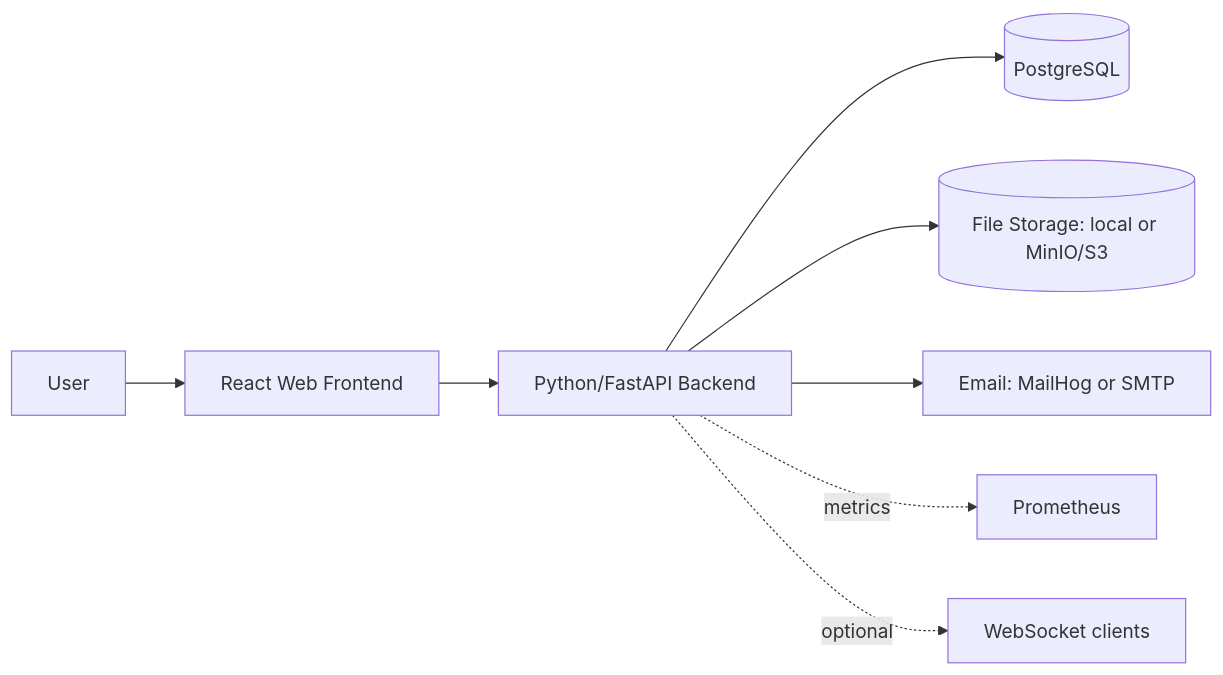
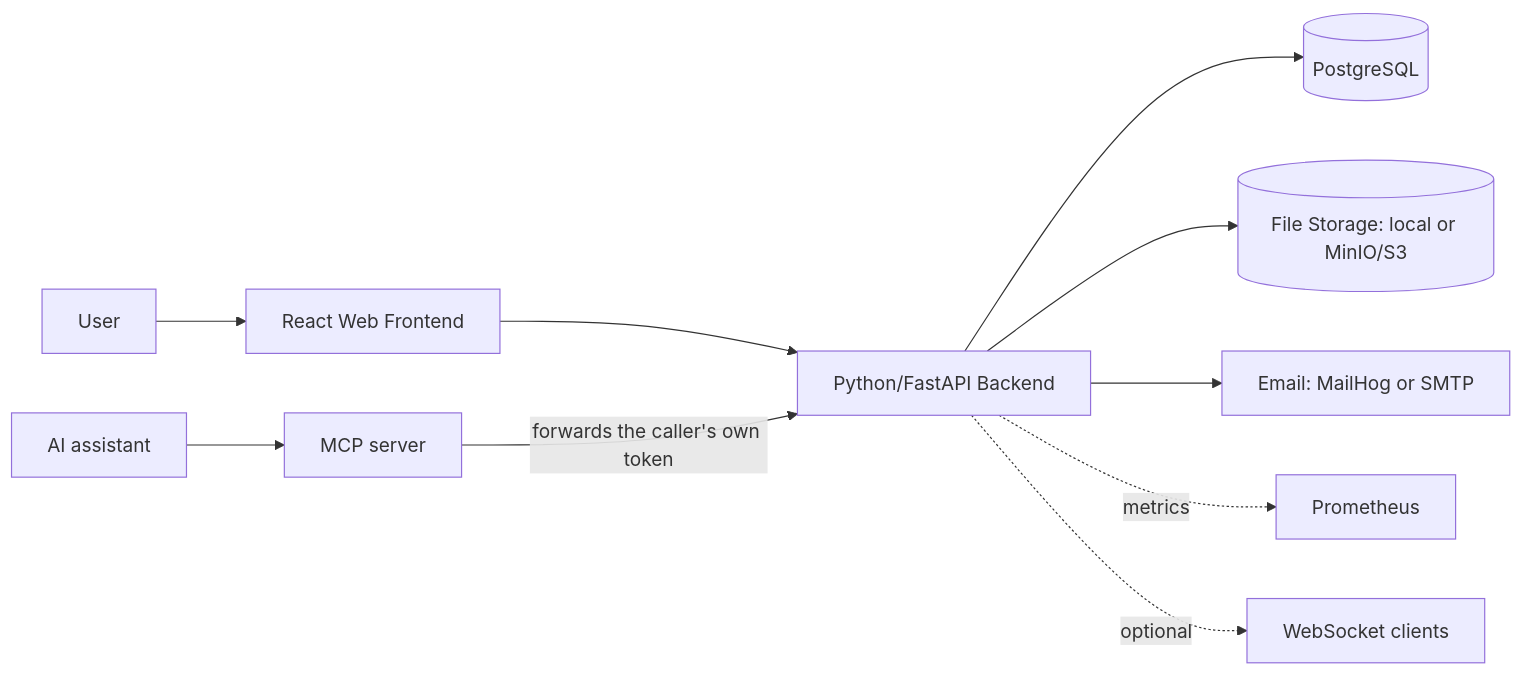
Before and after one commit to ballardr/reqtrackmanager: the diagram in README.md, drawn with Mermaid. The commit also changed other lines of this file and 24 other files, not shown here.

Commit message:
Added MCP server. Hopefully fixed CI pipeline

````diff
--- a/README.md
+++ b/README.md
@@ -203,10 +205,12 @@
 ```mermaid
 flowchart LR
     User[User] --> UI[React Web Frontend]
+    AI[AI assistant] --> MCP[MCP server]
     UI --> API[Python/FastAPI Backend]
+    MCP -->|forwards the caller's own token| API
     API --> DB[(PostgreSQL)]
     API --> FS[(File Storage: local or MinIO/S3)]
     API --> Mail[Email: MailHog or SMTP]
     API -. metrics .-> Prom[Prometheus]
     API -. optional .-> WS[WebSocket clients]
 ```
````
